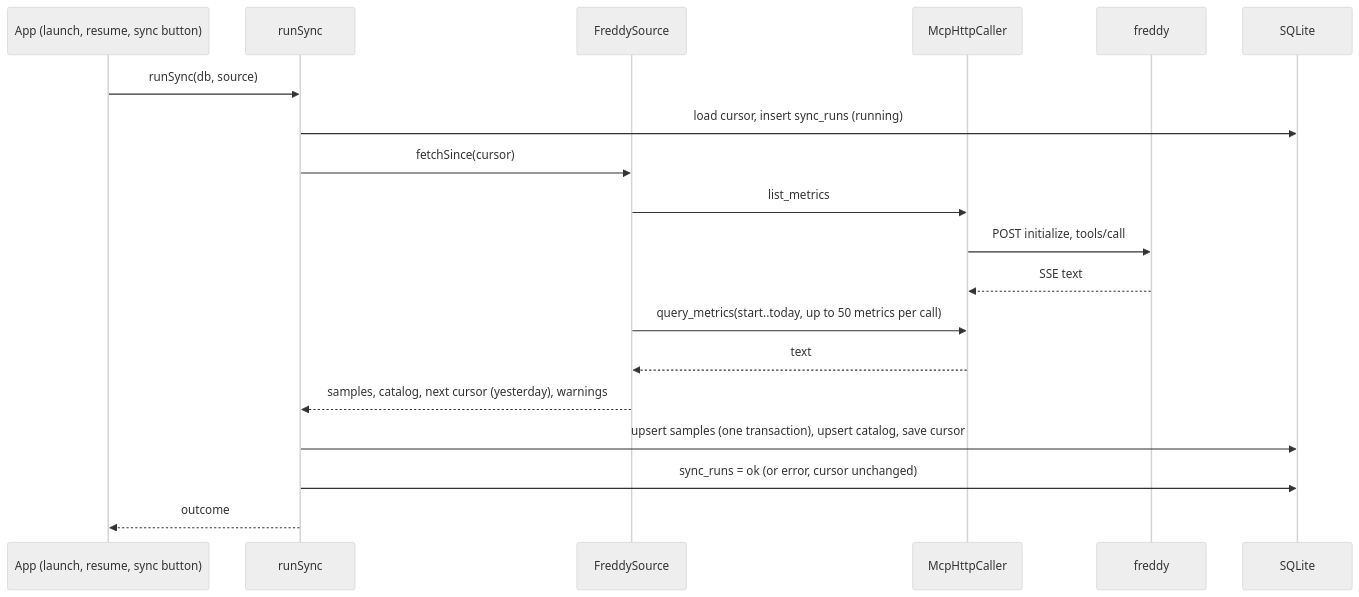
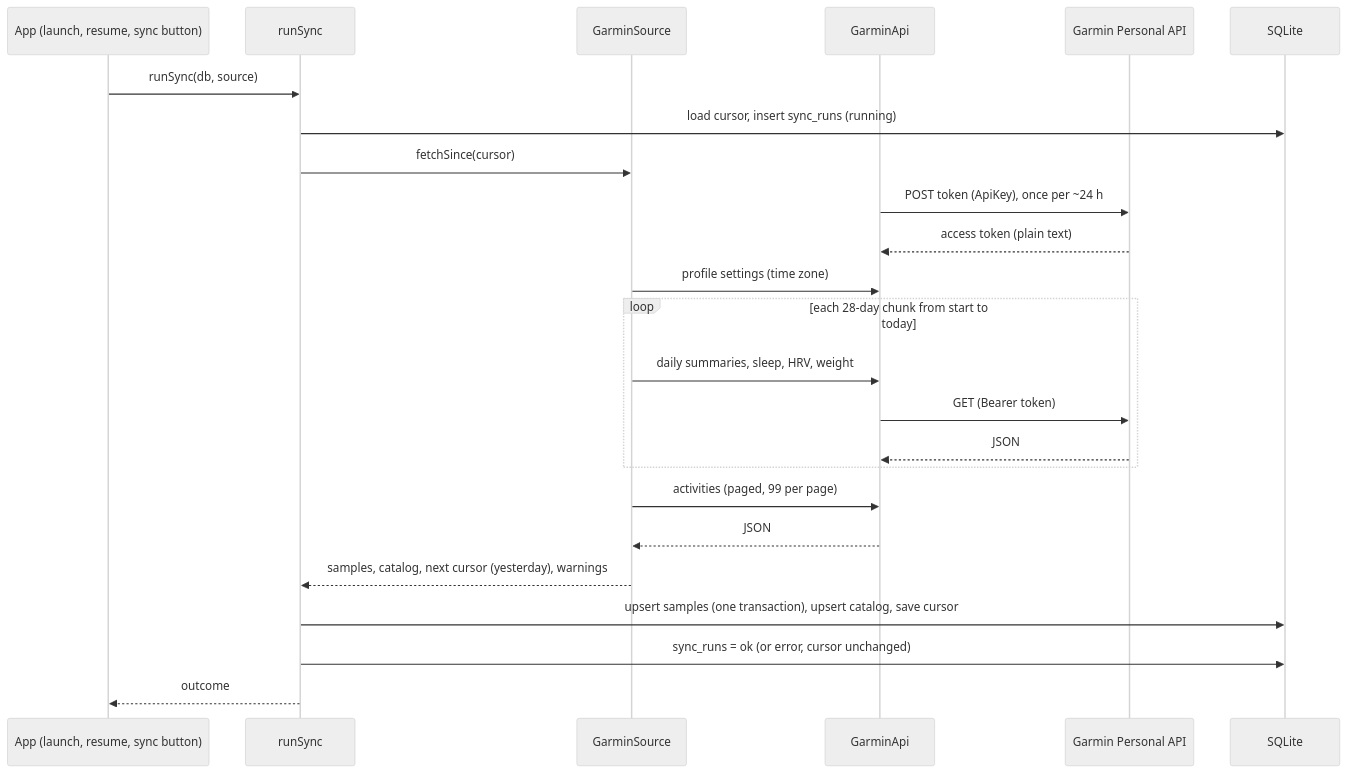
The fourth of 6 diagrams in docs/HLD.md (alfredoartilesv/even), drawn with Mermaid (neutral theme) before and after one commit. The commit also changed other lines of this file and 45 other files, not shown here.

First line of the commit message:
Daily aggregation fix for Garmin workouts; remove the freddy code; docs

````diff
--- a/docs/HLD.md
+++ b/docs/HLD.md
@@ -143,21 +141,26 @@
 ```mermaid
 sequenceDiagram
   participant UI as App (launch, resume, sync button)
   participant S as runSync
-  participant F as FreddySource
-  participant H as McpHttpCaller
-  participant Fr as freddy
+  participant F as GarminSource
+  participant H as GarminApi
+  participant G as Garmin Personal API
   participant DB as SQLite
   UI->>S: runSync(db, source)
   S->>DB: load cursor, insert sync_runs (running)
   S->>F: fetchSince(cursor)
-  F->>H: list_metrics
-  H->>Fr: POST initialize, tools/call
-  Fr-->>H: SSE text
-  F->>H: query_metrics(start..today, up to 50 metrics per call)
-  H-->>F: text
+  H->>G: POST token (ApiKey), once per ~24 h
+  G-->>H: access token (plain text)
+  F->>H: profile settings (time zone)
+  loop each 28-day chunk from start to today
+    F->>H: daily summaries, sleep, HRV, weight
+    H->>G: GET (Bearer token)
+    G-->>H: JSON
+  end
+  F->>H: activities (paged, 99 per page)
+  H-->>F: JSON
   F-->>S: samples, catalog, next cursor (yesterday), warnings
   S->>DB: upsert samples (one transaction), upsert catalog, save cursor
   S->>DB: sync_runs = ok (or error, cursor unchanged)
   S-->>UI: outcome
 ```
````
